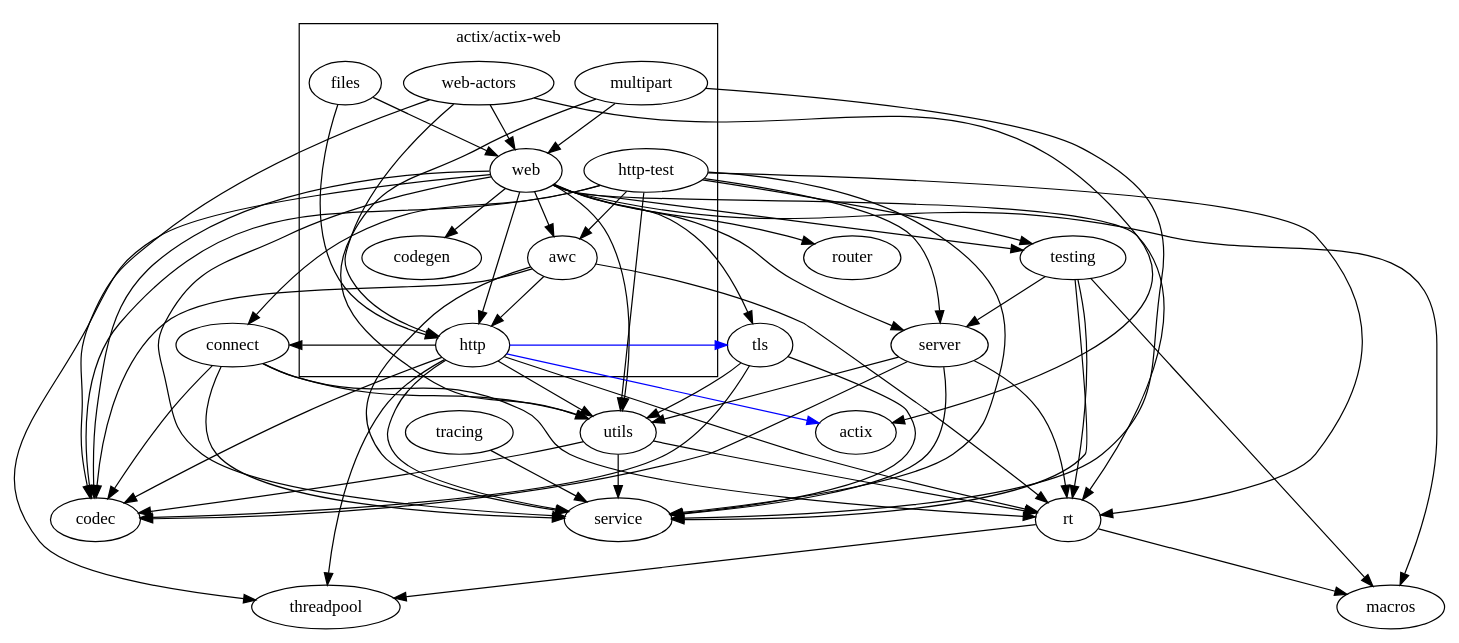
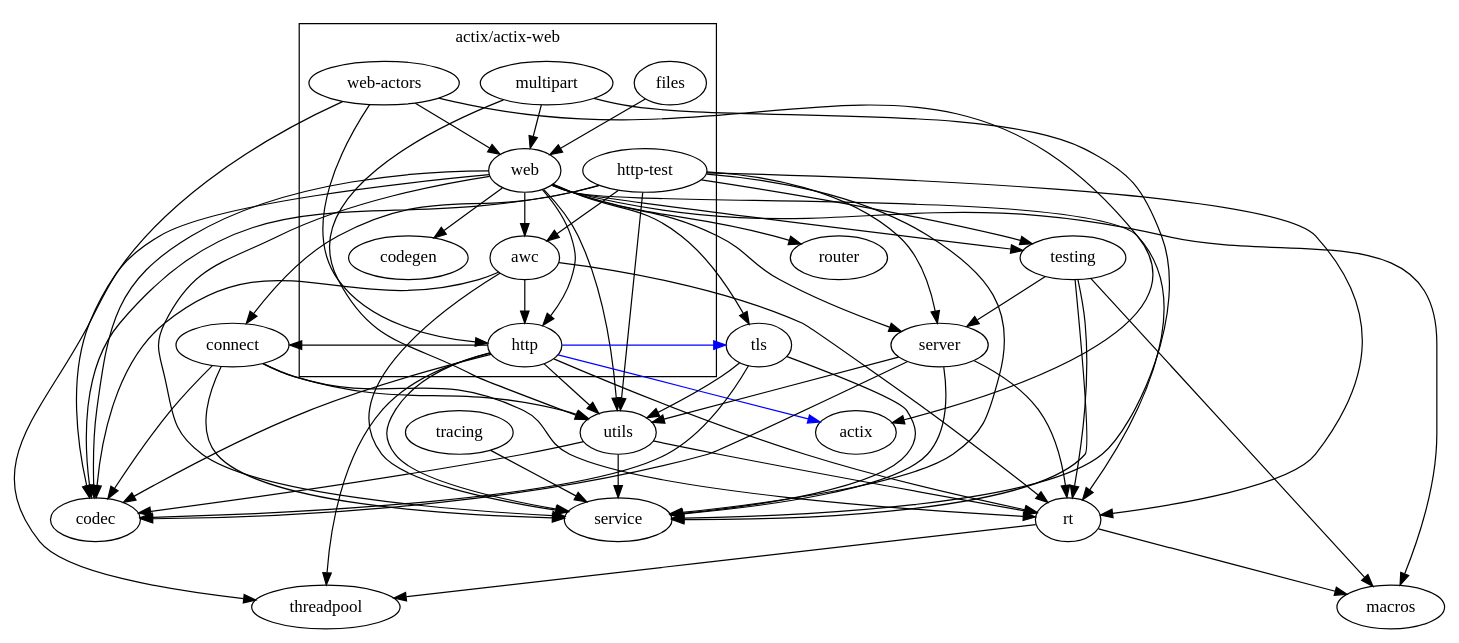
Before and after one commit to Cherry-Pooh/actix-web: the diagram in docs/graphs/web-focus.dot, drawn with Graphviz. The commit also changed 6 other files, not shown here.

```diff
--- a/docs/graphs/web-focus.dot
+++ b/docs/graphs/web-focus.dot
@@ -1,32 +1,32 @@
 digraph {
     subgraph cluster_web {
         label="actix/actix-web"
         "awc"
         "web"
         "files"
         "http"
         "multipart"
         "web-actors"
         "codegen"
         "http-test"
     }
 
     "web" -> { "codec" "service" "utils" "router" "rt" "server" "testing" "macros" "threadpool" "tls" "codegen" "http" "awc" }
     "awc" -> { "codec" "service" "http" "rt" }
     "web-actors" -> { "actix" "web" "http" "codec" }
     "multipart" -> { "web" "service" "utils" }
     "http" -> { "service" "codec" "connect" "utils" "rt" "threadpool" }
     "http" -> { "actix" "tls" }[color=blue] // optional
-    "files" -> { "web" "http" }
+    "files" -> { "web" }
     "http-test" -> { "service" "codec" "connect" "utils" "rt" "server" "testing" "awc" }
 
     // net
 
     "utils" -> { "service" "rt" "codec" }
     "tracing" -> { "service" }
     "tls" -> { "service" "codec" "utils" }
     "testing" -> { "rt" "macros" "server" "service" }
     "server" -> { "service" "rt" "codec" "utils" }
     "rt" -> { "macros" "threadpool" }
     "connect" -> { "service" "codec" "utils" "rt" }
 }
```
